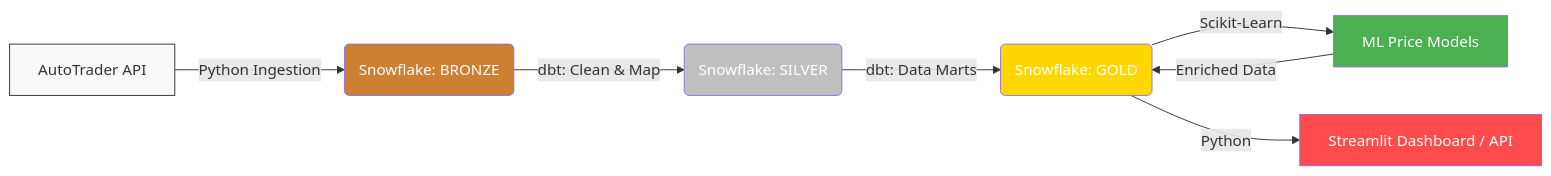
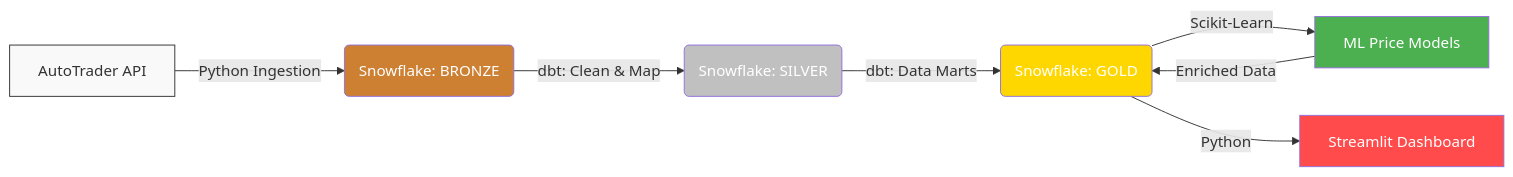
The diagram in README.md (S4LL77/london-ulez-car-analysis), drawn with Mermaid before and after one commit. The commit also changed other lines of this file and 16 other files, not shown here.

````diff
--- a/README.md
+++ b/README.md
@@ -24,16 +21,16 @@
 ```mermaid
 flowchart LR
     A[AutoTrader API] -->|Python Ingestion| B(Snowflake: BRONZE)
     B -->|dbt: Clean & Map| C(Snowflake: SILVER)
     C -->|dbt: Data Marts| D(Snowflake: GOLD)
     D -->|Scikit-Learn| F[ML Price Models]
     F -->|Enriched Data| D
-    D -->|Python| E[Streamlit Dashboard / API]
+    D -->|Python| E[Streamlit Dashboard]
     
     style A fill:#f9f9f9,stroke:#333
     style B fill:#CD7F32,color:#fff
     style C fill:#C0C0C0,color:#fff
     style D fill:#FFD700,color:#fff
     style E fill:#ff4b4b,color:#fff
     style F fill:#4CAF50,color:#fff
 ```
````
